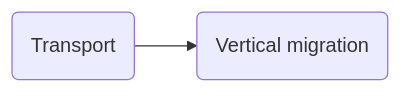
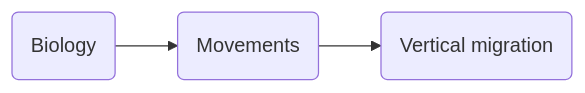
The third of 9 diagrams in ichthyop-training.qmd (ichthyop/ichthyop-practical-session), drawn with Mermaid before and after one commit. The commit also changed other lines of this file, not shown here.

````diff
--- a/ichthyop-training.qmd
+++ b/ichthyop-training.qmd
@@ -186,6 +180,8 @@
 ```{mermaid}
 flowchart LR
-id2(Transport)
+id1(Biology)
+id2(Movements)
 id3(Vertical migration)
 id2 --> id3
+id1 --> id2
 ```
````
